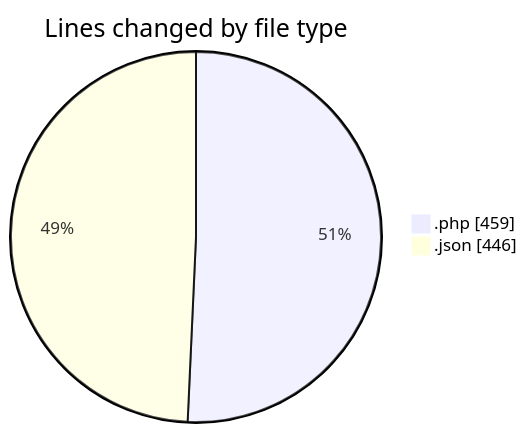
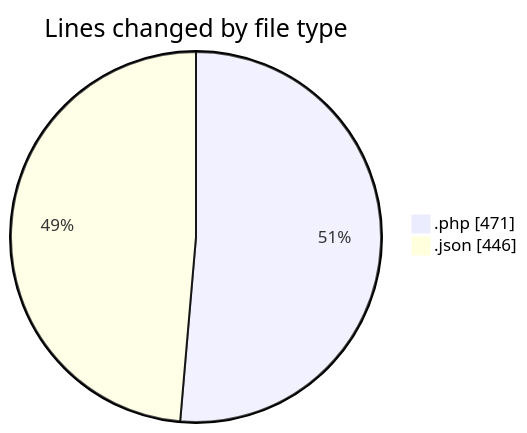
The first of 2 diagrams in 2025-03-27/autodidak/README.md (idhammustaqopulfikri/code-tracking), drawn with Mermaid before and after one commit. The commit also changed other lines of this file and 1 other file, not shown here.

````diff
--- a/2025-03-27/autodidak/README.md
+++ b/2025-03-27/autodidak/README.md
@@ -27,6 +27,6 @@
 ```mermaid
 pie showData
 title Lines changed by file type
-".php" : 459
+".php" : 471
 ".json" : 446
 ```
````
